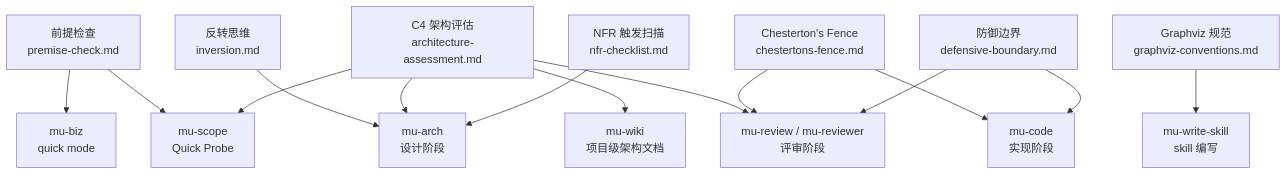
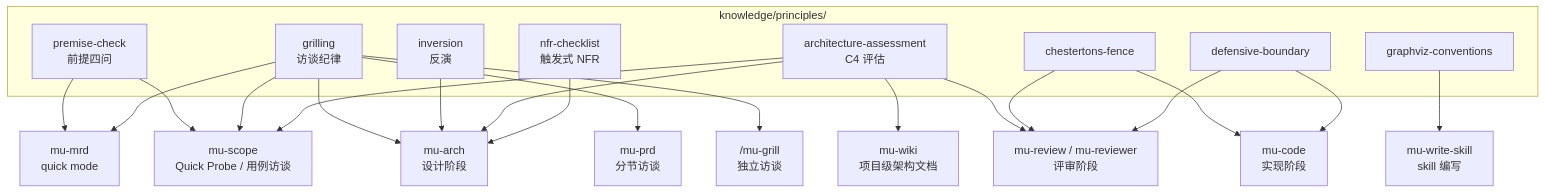
Before and after one commit to knotmark-ai/devmuse: the diagram in docs/wiki/thinking-principles.md, drawn with Mermaid. The commit also changed other lines of this file and 24 other files, not shown here.

````diff
--- a/docs/wiki/thinking-principles.md
+++ b/docs/wiki/thinking-principles.md
@@ -20,32 +21,42 @@
 ```mermaid
 graph TD
-    PC["前提检查<br/>premise-check.md"]
-    INV["反转思维<br/>inversion.md"]
-    AA["C4 架构评估<br/>architecture-assessment.md"]
-    NFR["NFR 触发扫描<br/>nfr-checklist.md"]
-    CF["Chesterton's Fence<br/>chestertons-fence.md"]
-    DB["防御边界<br/>defensive-boundary.md"]
-    GC["Graphviz 规范<br/>graphviz-conventions.md"]
+    subgraph 原则库["knowledge/principles/"]
+        PC["premise-check<br/>前提四问"]
+        GR["grilling<br/>访谈纪律"]
+        INV["inversion<br/>反演"]
+        AA["architecture-assessment<br/>C4 评估"]
+        NFR["nfr-checklist<br/>触发式 NFR"]
+        CF["chestertons-fence"]
+        DB["defensive-boundary"]
+        GC["graphviz-conventions"]
+    end
 
-    BIZ["mu-biz<br/>quick mode"]
-    SCOPE["mu-scope<br/>Quick Probe"]
+    MRD["mu-mrd<br/>quick mode"]
+    SCOPE["mu-scope<br/>Quick Probe / 用例访谈"]
+    PRD["mu-prd<br/>分节访谈"]
+    GRILL["/mu-grill<br/>独立访谈"]
     ARCH["mu-arch<br/>设计阶段"]
     CODE["mu-code<br/>实现阶段"]
     REVIEW["mu-review / mu-reviewer<br/>评审阶段"]
     WIKI["mu-wiki<br/>项目级架构文档"]
     WS["mu-write-skill<br/>skill 编写"]
 
-    PC --> BIZ
+    PC --> MRD
     PC --> SCOPE
+    GR --> SCOPE
+    GR --> ARCH
+    GR --> PRD
+    GR --> MRD
+    GR --> GRILL
     INV --> ARCH
     AA --> SCOPE
     AA --> ARCH
     AA --> WIKI
     AA --> REVIEW
     NFR --> ARCH
     CF --> CODE
     CF --> REVIEW
     DB --> CODE
     DB --> REVIEW
     GC --> WS
 ```
````
